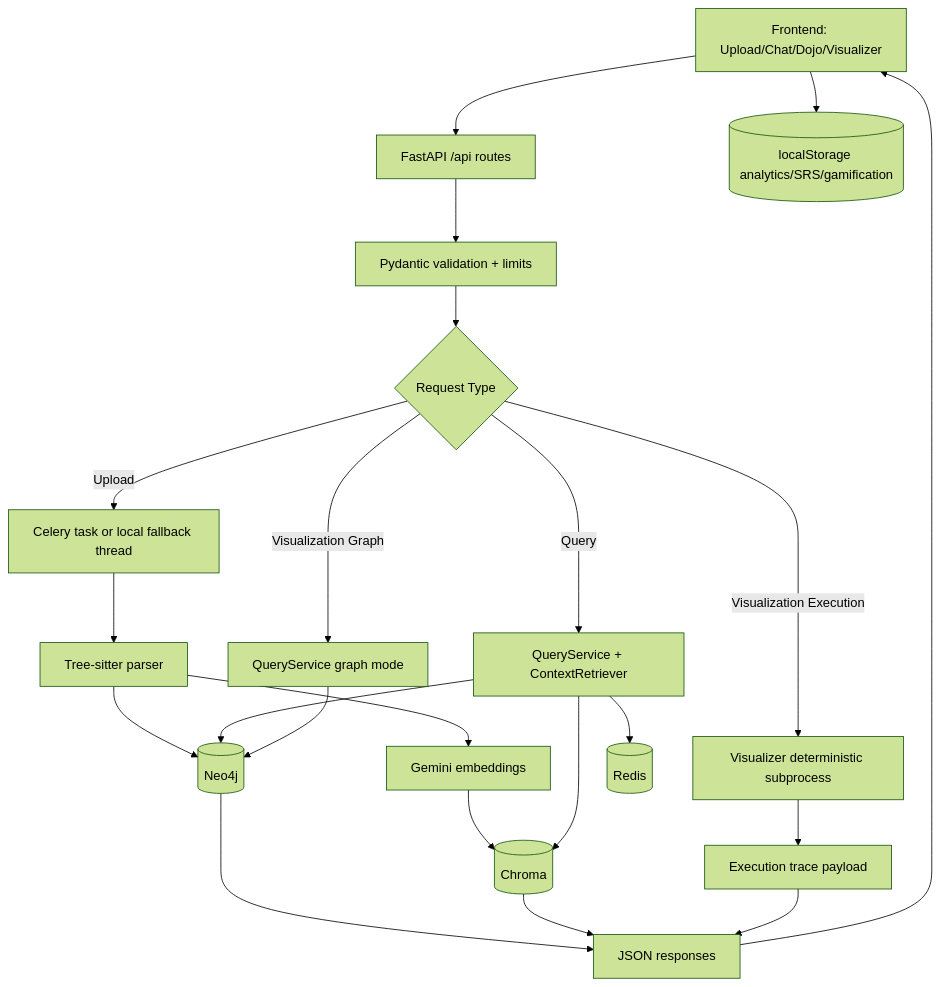
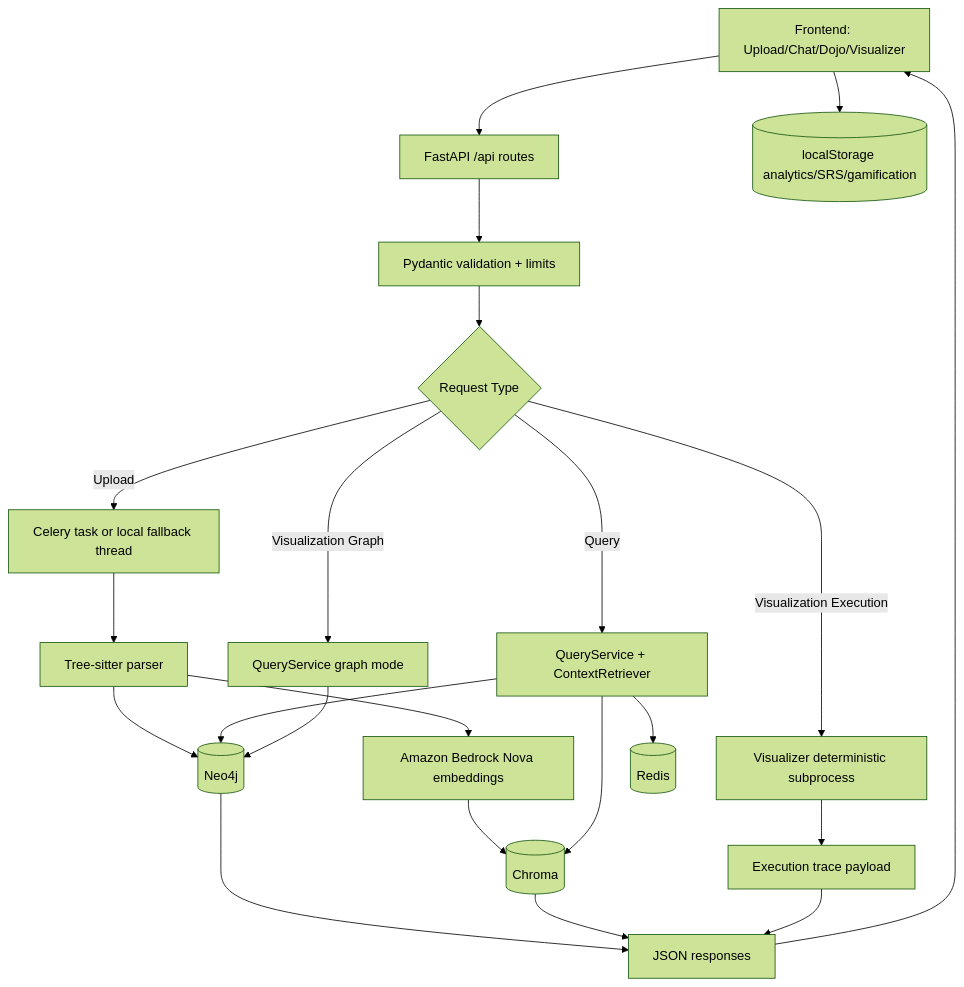
One commit to Ishan-K9868/socraticDev-final changed the fourth of 7 diagrams in README.md. Above: the diagram before and after it, drawn with Mermaid (forest theme). The commit also changed other lines of this file, not shown here.

````diff
--- a/README.md
+++ b/README.md
@@ -268,26 +268,26 @@
 ```mermaid
 flowchart TB
     FE[Frontend: Upload/Chat/Dojo/Visualizer] --> API[FastAPI /api routes]
     API --> VAL[Pydantic validation + limits]
     VAL --> UQ{Request Type}
     UQ -->|Upload| TASK[Celery task or local fallback thread]
     UQ -->|Query| QRY[QueryService + ContextRetriever]
     UQ -->|Visualization Graph| GV[QueryService graph mode]
     UQ -->|Visualization Execution| XV[Visualizer deterministic subprocess]
 
     TASK --> PARSE[Tree-sitter parser]
     PARSE --> GRAPH[(Neo4j)]
-    PARSE --> EMBED[Gemini embeddings]
+    PARSE --> EMBED[Amazon Bedrock Nova embeddings]
     EMBED --> VDB[(Chroma)]
     QRY --> GRAPH
     QRY --> VDB
     QRY --> CACHE[(Redis)]
     GV --> GRAPH
     XV --> TRACE[Execution trace payload]
 
     GRAPH --> RESP[JSON responses]
     VDB --> RESP
     TRACE --> RESP
     RESP --> FE
     FE --> LOCAL[(localStorage analytics/SRS/gamification)]
 ```
````
